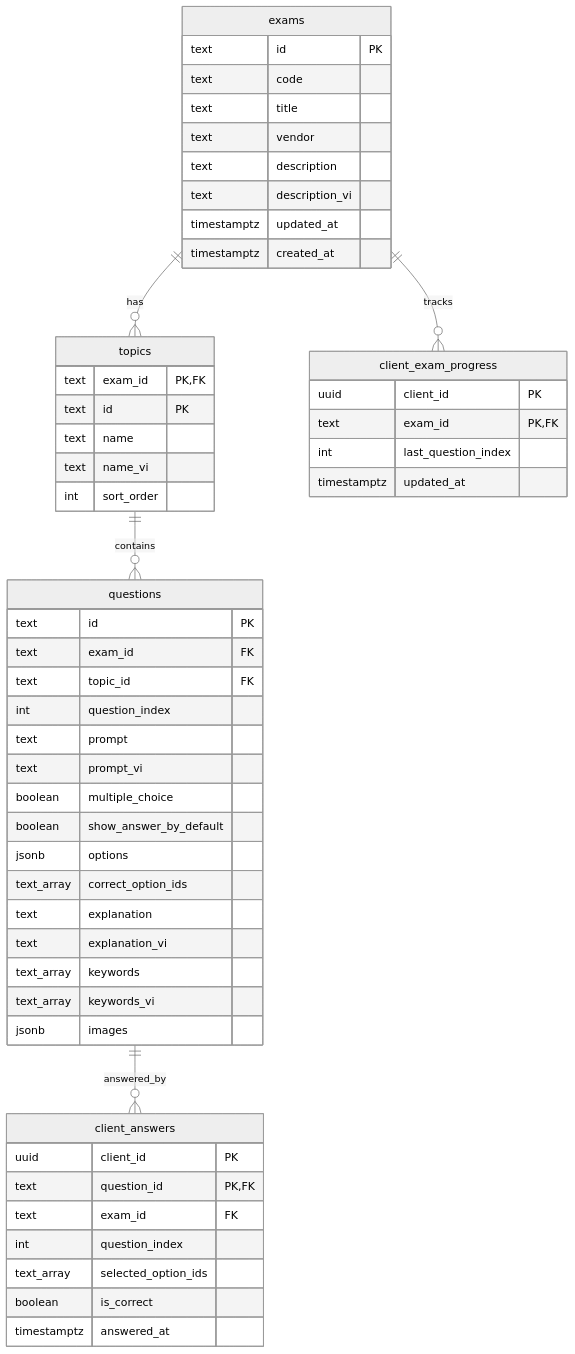
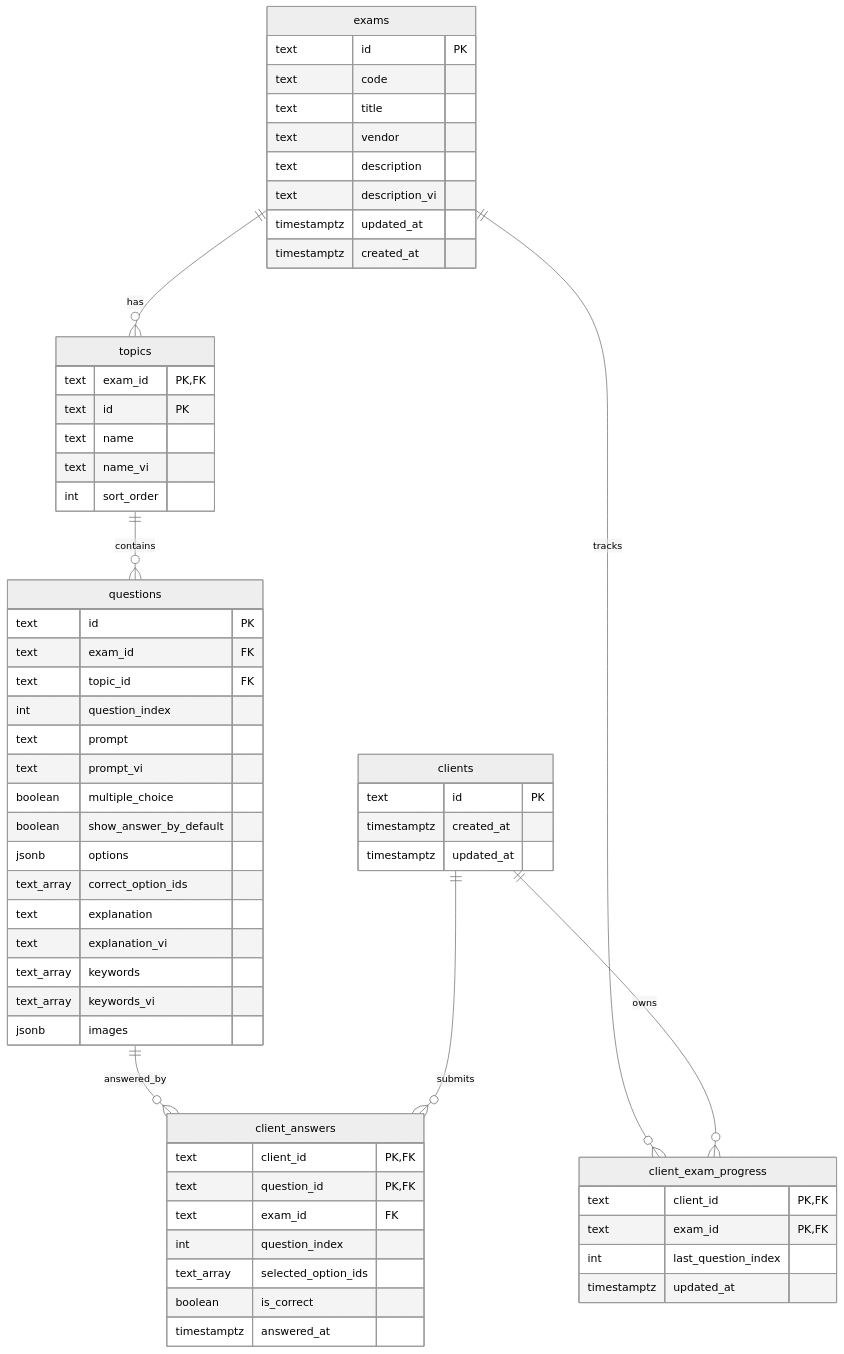
The diagram in docs/database-schema.md (ryu-1905/dump), drawn with Mermaid (neutral theme) before and after one commit. The commit also changed other lines of this file and 16 other files, not shown here.

Commit message:
feat(client-id): add clients table, rename & sync APIs, and Header UI

````diff
--- a/docs/database-schema.md
+++ b/docs/database-schema.md
@@ -9,57 +9,65 @@
 ```mermaid
 erDiagram
     exams ||--o{ topics : has
     topics ||--o{ questions : contains
     exams ||--o{ client_exam_progress : tracks
     questions ||--o{ client_answers : answered_by
+    clients ||--o{ client_exam_progress : owns
+    clients ||--o{ client_answers : submits
+
+    clients {
+        text id PK
+        timestamptz created_at
+        timestamptz updated_at
+    }
 
     exams {
         text id PK
         text code
         text title
         text vendor
         text description
         text description_vi
         timestamptz updated_at
         timestamptz created_at
     }
     topics {
         text exam_id PK,FK
         text id PK
         text name
         text name_vi
         int sort_order
     }
     questions {
         text id PK
         text exam_id FK
         text topic_id FK
         int question_index
         text prompt
         text prompt_vi
         boolean multiple_choice
         boolean show_answer_by_default
         jsonb options
         text_array correct_option_ids
         text explanation
         text explanation_vi
         text_array keywords
         text_array keywords_vi
         jsonb images
     }
     client_exam_progress {
-        uuid client_id PK
+        text client_id PK,FK
         text exam_id PK,FK
         int last_question_index
         timestamptz updated_at
     }
     client_answers {
-        uuid client_id PK
+        text client_id PK,FK
         text question_id PK,FK
         text exam_id FK
         int question_index
         text_array selected_option_ids
         boolean is_correct
         timestamptz answered_at
     }
 ```
````
